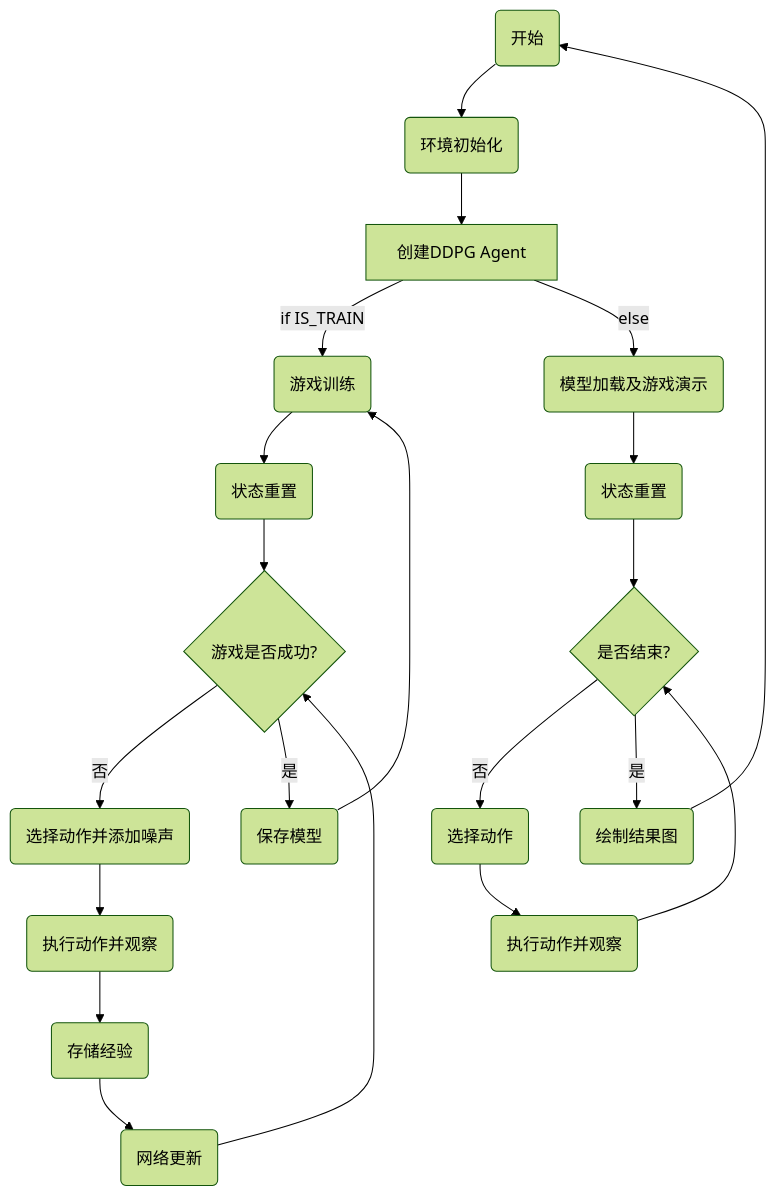
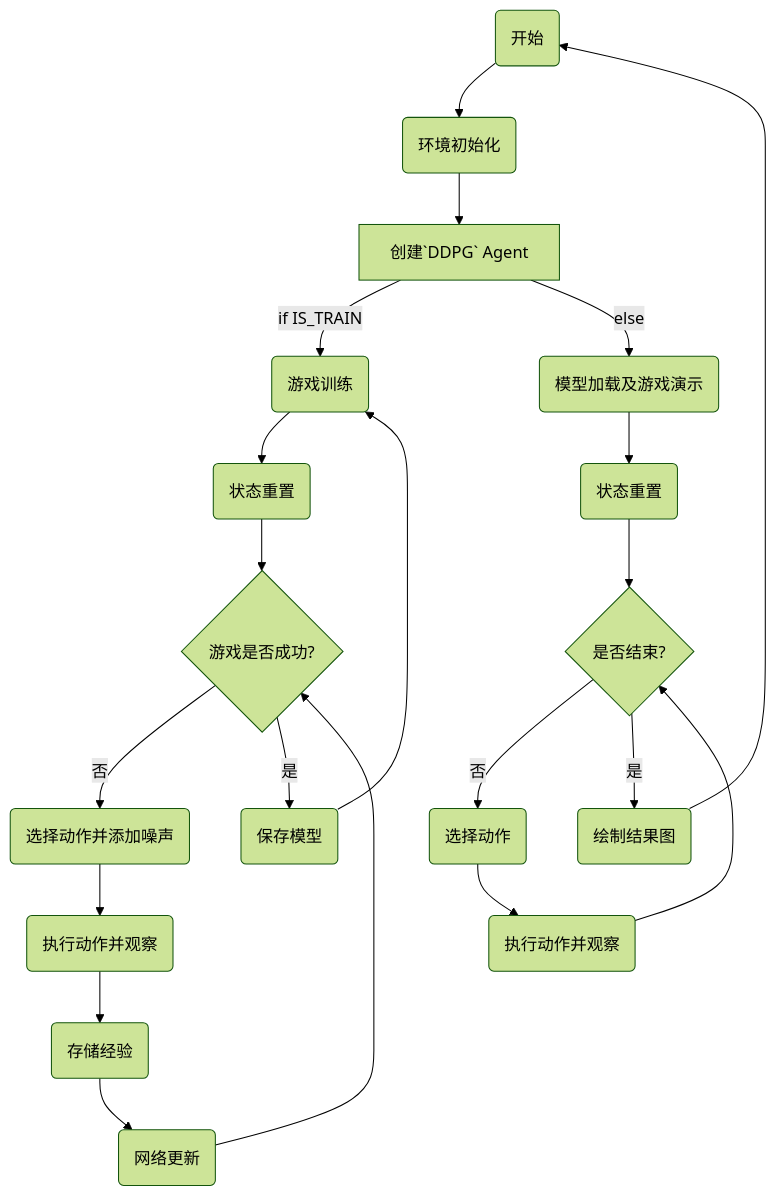
Before and after one commit to jonnyzhang02/qhxx: the second of 2 diagrams in README.md, drawn with Mermaid (forest theme). The commit also changed other lines of this file and 8 other files, not shown here.

````diff
--- a/README.md
+++ b/README.md
@@ -373,24 +364,24 @@
 ```mermaid
 graph TD
     A(开始) -->B(环境初始化)
-    B --> C[创建DDPG Agent]
+    B --> C[创建`DDPG` Agent]
     C -->|if IS_TRAIN| D(游戏训练)
     C -->|else| E(模型加载及游戏演示)
     D --> F(状态重置)
     F --> G{游戏是否成功?}
     G --否--> H(选择动作并添加噪声)
     H --> I(执行动作并观察)
     I --> J(存储经验)
     J --> K(网络更新)
     K --> G
     G --是--> L(保存模型)
     L --> D
     E --> M(状态重置)
     M --> N{是否结束?}
     N --否--> O(选择动作)
     O --> P(执行动作并观察)
     P --> N
     N --是--> Q(绘制结果图)
     Q --> A
 
 ```
````
